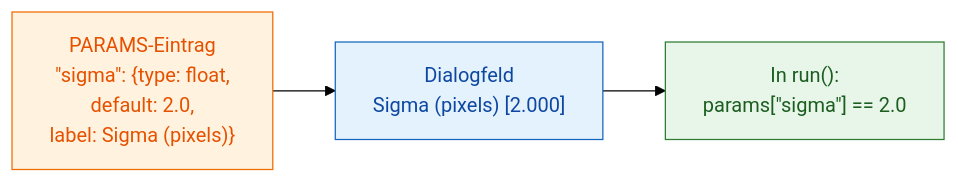
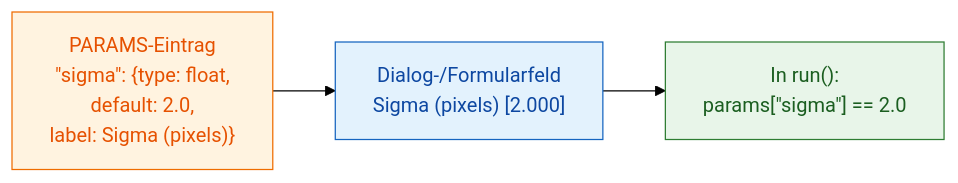
One commit to Oxford-Zeiss-Centre-of-Excellence/Wavu changed the diagram in guide/write/params.de.md. Above: the diagram before and after it, drawn with Mermaid (forest theme). The commit also changed other lines of this file and 70 other files, not shown here.

````diff
--- a/guide/write/params.de.md
+++ b/guide/write/params.de.md
@@ -12,11 +13,11 @@
 ```mermaid
 flowchart LR
     P["PARAMS-Eintrag<br/>&quot;sigma&quot;: {type: float,<br/>default: 2.0,<br/>label: Sigma (pixels)}"]:::script
-    D["Dialogfeld<br/>Sigma (pixels) [2.000]"]:::fiji
+    D["Dialog-/Formularfeld<br/>Sigma (pixels) [2.000]"]:::fiji
     R["In run():<br/>params[&quot;sigma&quot;] == 2.0"]:::worker
     P --> D --> R
 
     classDef fiji   fill:#e3f2fd,stroke:#1565c0,color:#0d47a1
     classDef worker fill:#e8f5e9,stroke:#2e7d32,color:#1b5e20
     classDef script fill:#fff3e0,stroke:#ef6c00,color:#e65100
 ```
````
